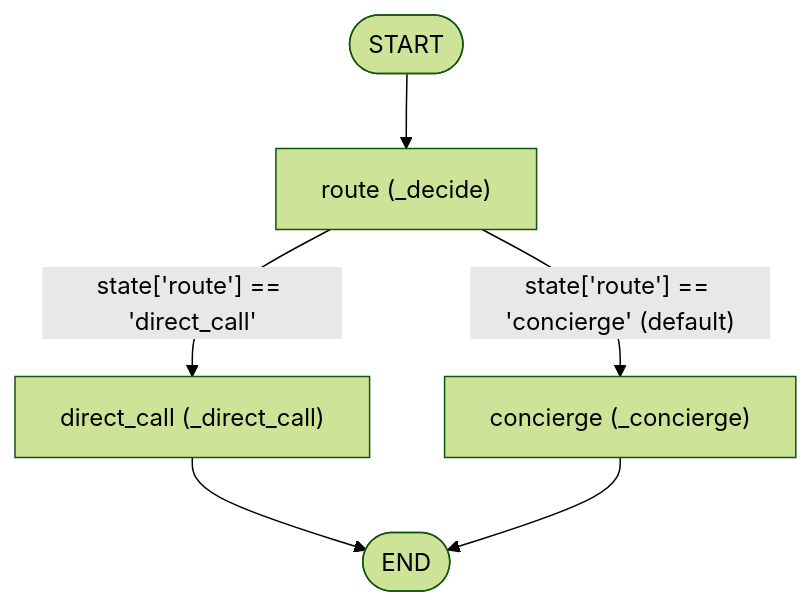
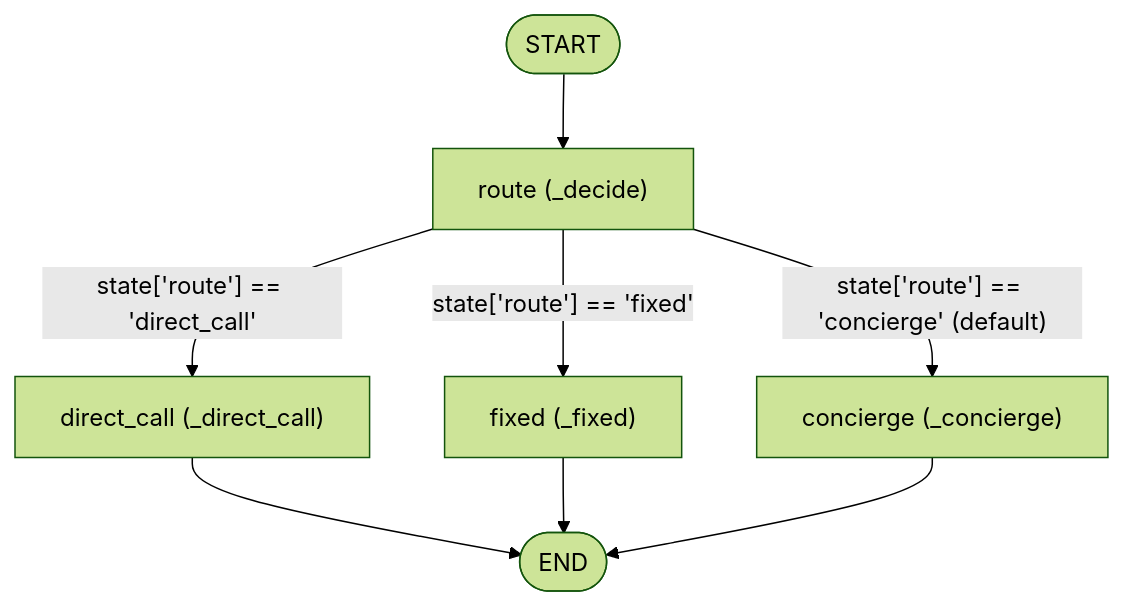
The diagram in graphs/main/README.md (cheungyang/aoc), drawn with Mermaid (forest theme) before and after one commit. The commit also changed other lines of this file and 34 other files, not shown here.

````diff
--- a/graphs/main/README.md
+++ b/graphs/main/README.md
@@ -23,8 +25,10 @@
 ```mermaid
 flowchart TD
     START([START]) --> route["route (_decide)"]
     route -->|"state['route'] == 'direct_call'"| direct_call["direct_call (_direct_call)"]
+    route -->|"state['route'] == 'fixed'"| fixed["fixed (_fixed)"]
     route -->|"state['route'] == 'concierge' (default)"| concierge["concierge (_concierge)"]
     direct_call --> END([END])
+    fixed --> END
     concierge --> END
 ```
````
